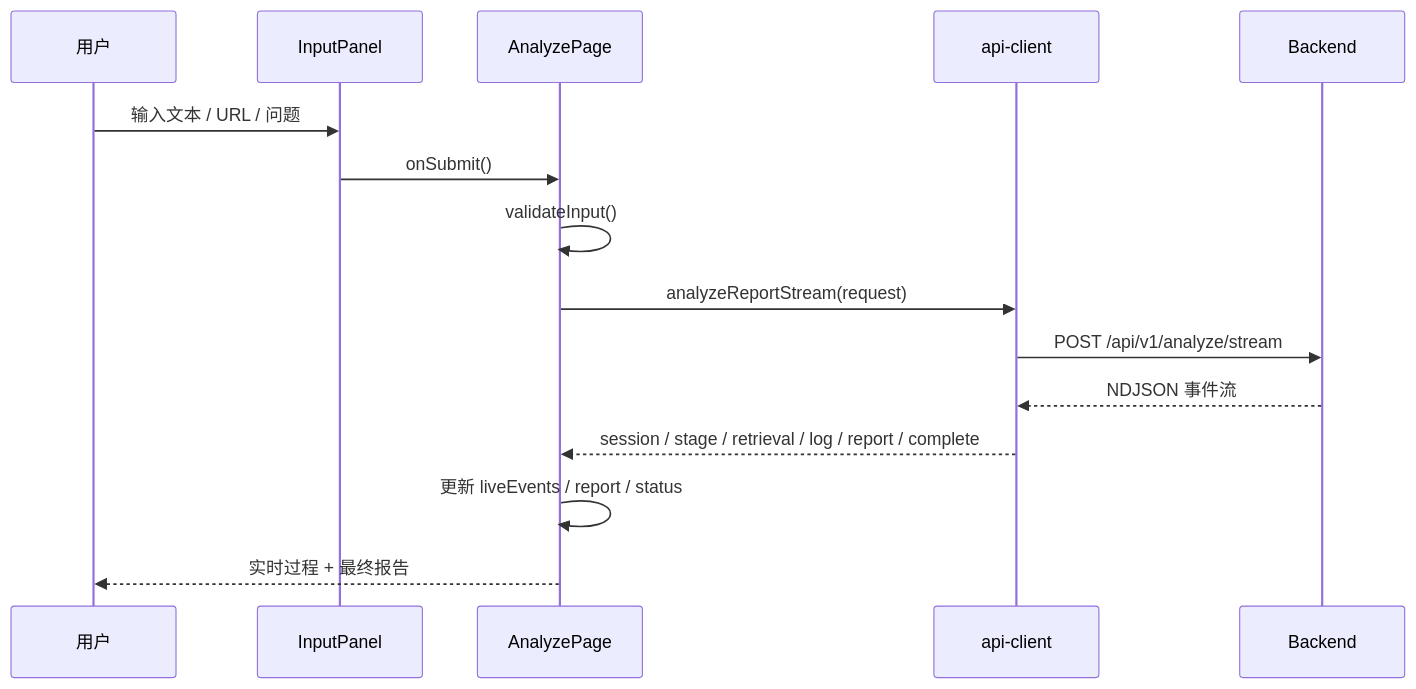
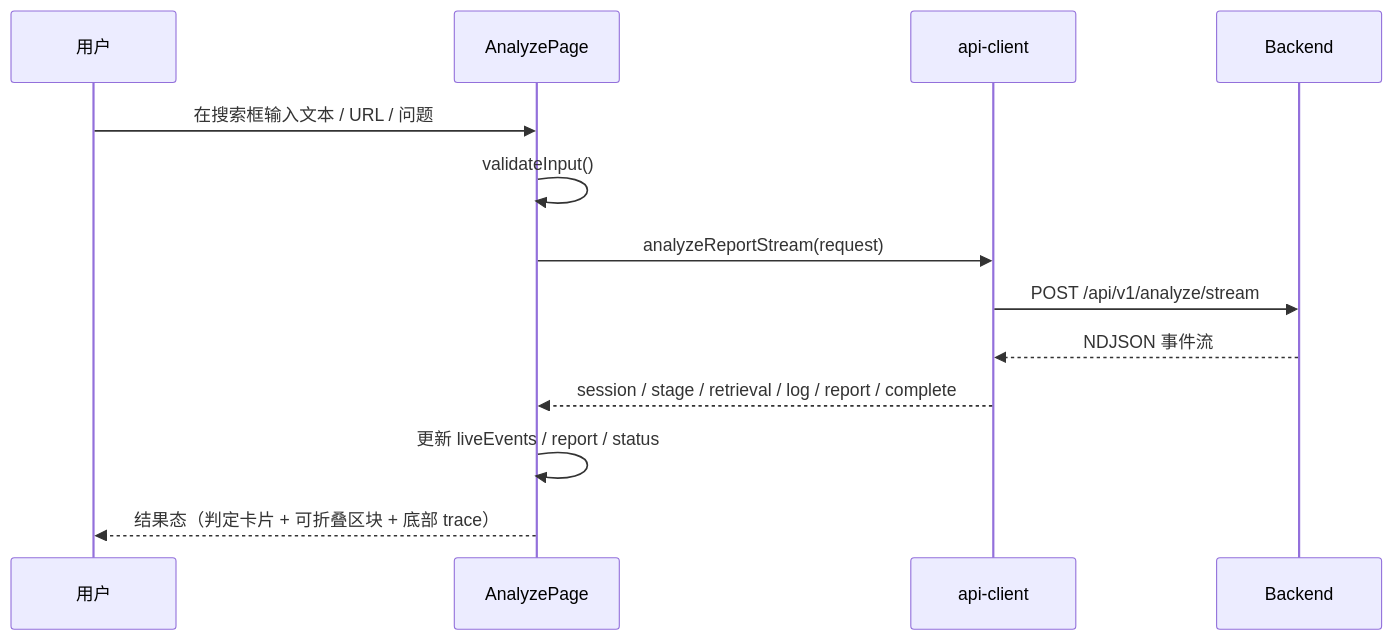
One commit to forwaryan/rumor-checking changed the third of 6 diagrams in docs/current-code-architecture-guide.md. Above: the diagram before and after it, drawn with Mermaid. The commit also changed other lines of this file and 5 other files, not shown here.

````diff
--- a/docs/current-code-architecture-guide.md
+++ b/docs/current-code-architecture-guide.md
@@ -165,18 +173,16 @@
 ```mermaid
 sequenceDiagram
     participant U as 用户
-    participant P as InputPanel
     participant A as AnalyzePage
     participant C as api-client
     participant B as Backend
 
-    U->>P: 输入文本 / URL / 问题
-    P->>A: onSubmit()
+    U->>A: 在搜索框输入文本 / URL / 问题
     A->>A: validateInput()
     A->>C: analyzeReportStream(request)
     C->>B: POST /api/v1/analyze/stream
     B-->>C: NDJSON 事件流
     C-->>A: session / stage / retrieval / log / report / complete
     A->>A: 更新 liveEvents / report / status
-    A-->>U: 实时过程 + 最终报告
+    A-->>U: 结果态（判定卡片 + 可折叠区块 + 底部 trace）
 ```
````
